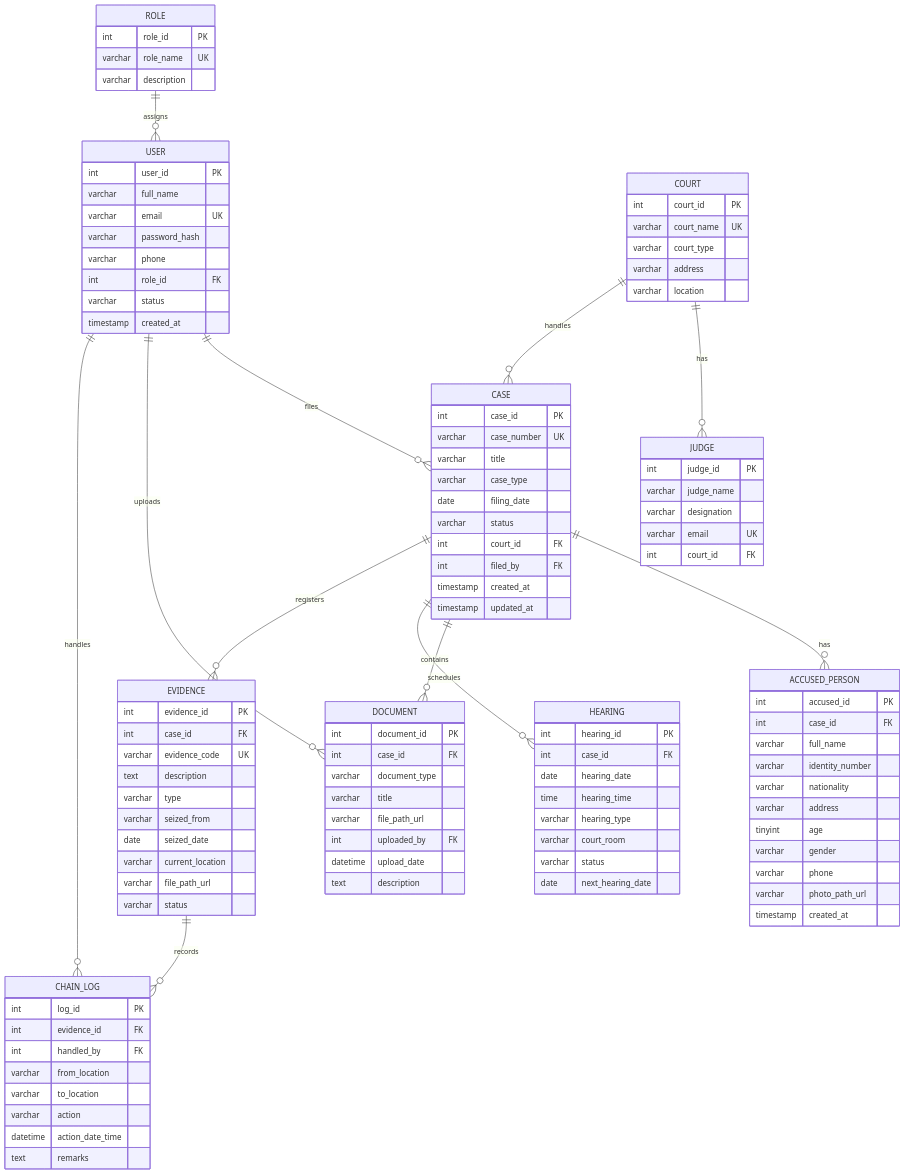
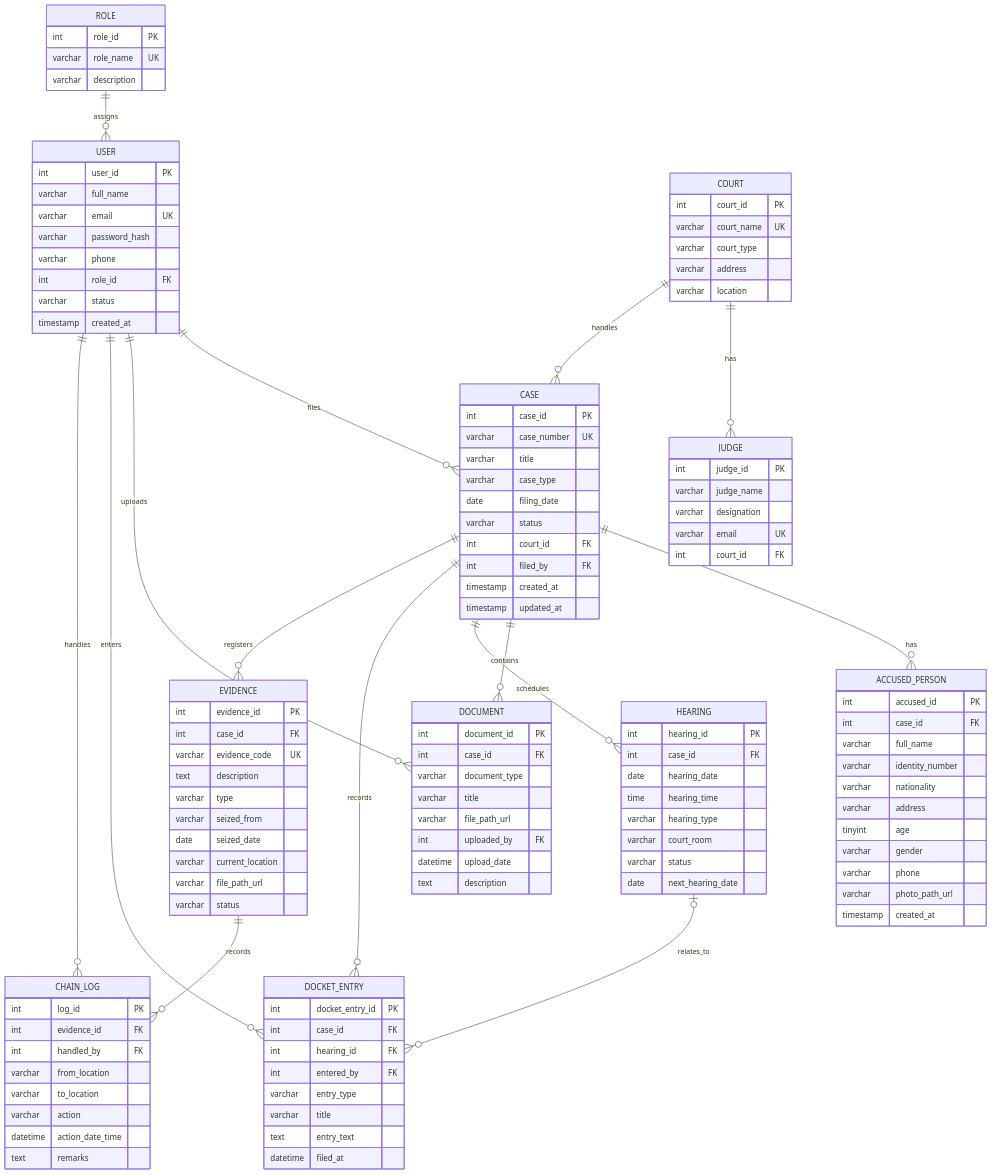
The diagram in docs/er-diagram.md (agi-slashh93/JUDICIAL-CASE-FILING-COURT-DOCKER-AND-LEGAL-CHAIN-OF-CUSTODY-SYSTEM-), drawn with Mermaid before and after one commit. The commit also changed other lines of this file and 3 other files, not shown here.

```diff
--- a/docs/er-diagram.md
+++ b/docs/er-diagram.md
@@ -12,6 +12,9 @@
     CASE ||--o{ DOCUMENT : contains
     USER ||--o{ DOCUMENT : uploads
     CASE ||--o{ HEARING : schedules
+    CASE ||--o{ DOCKET_ENTRY : records
+    HEARING o|--o{ DOCKET_ENTRY : relates_to
+    USER ||--o{ DOCKET_ENTRY : enters
     CASE ||--o{ EVIDENCE : registers
     EVIDENCE ||--o{ CHAIN_LOG : records
     USER ||--o{ CHAIN_LOG : handles
@@ -90,6 +93,16 @@
         varchar status
         date next_hearing_date
     }
+    DOCKET_ENTRY {
+        int docket_entry_id PK
+        int case_id FK
+        int hearing_id FK
+        int entered_by FK
+        varchar entry_type
+        varchar title
+        text entry_text
+        datetime filed_at
+    }
     EVIDENCE {
         int evidence_id PK
         int case_id FK
```
